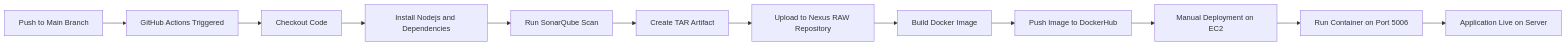
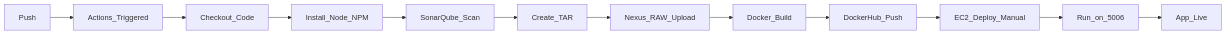
Before and after one commit to KishanGollamudi/Docker-task-03: the second of 3 diagrams in README.md, drawn with Mermaid.

````diff
--- a/README.md
+++ b/README.md
@@ -20,14 +20,15 @@
 ```mermaid
 graph LR
-    A[Push to Main Branch] --> B[GitHub Actions Triggered]
-    B --> C[Checkout Code]
-    C --> D[Install Nodejs and Dependencies]
-    D --> E[Run SonarQube Scan]
-    E --> F[Create TAR Artifact]
-    F --> G[Upload to Nexus RAW Repository]
-    G --> H[Build Docker Image]
-    H --> I[Push Image to DockerHub]
-    I --> J[Manual Deployment on EC2]
-    J --> K[Run Container on Port 5006]
-    K --> L[Application Live on Server]
+    A[Push] --> B[Actions_Triggered]
+    B --> C[Checkout_Code]
+    C --> D[Install_Node_NPM]
+    D --> E[SonarQube_Scan]
+    E --> F[Create_TAR]
+    F --> G[Nexus_RAW_Upload]
+    G --> H[Docker_Build]
+    H --> I[DockerHub_Push]
+    I --> J[EC2_Deploy_Manual]
+    J --> K[Run_on_5006]
+    K --> L[App_Live]
+
 ```
````
